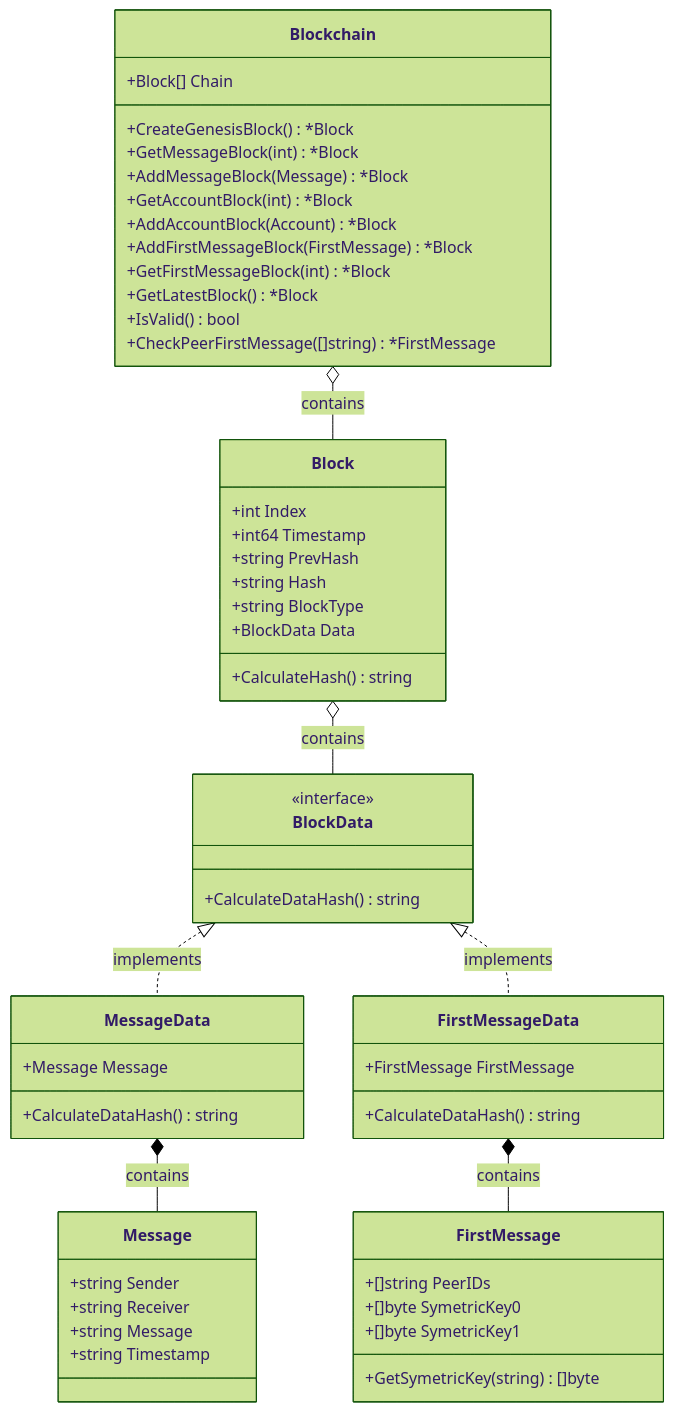
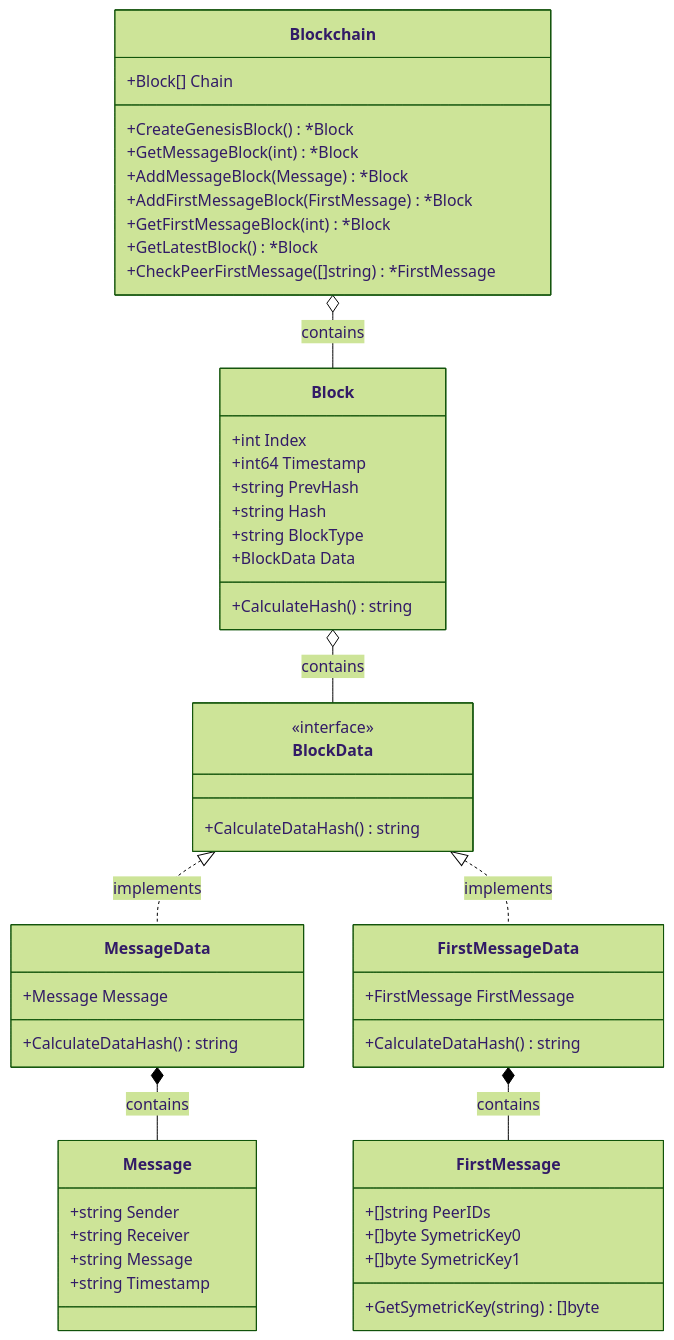
Before and after one commit to gabriel-lau/MessageMesh: the diagram in diagrams/Models_Class_Diagram.mmd, drawn with Mermaid (forest theme). The commit also changed 3 other files, not shown here.

Commit message:
Updated charts

```diff
--- a/diagrams/Models_Class_Diagram.mmd
+++ b/diagrams/Models_Class_Diagram.mmd
@@ -1,64 +1,61 @@
 classDiagram
     %% Interface
     class BlockData {
         <<interface>>
         +CalculateDataHash() string
     }
 
     %% Main Classes
     class Block {
         +int Index
         +int64 Timestamp
         +string PrevHash
         +string Hash
         +string BlockType
         +BlockData Data
         +CalculateHash() string
     }
 
     class Blockchain {
         +Block[] Chain
         +CreateGenesisBlock() *Block
         +GetMessageBlock(int) *Block
         +AddMessageBlock(Message) *Block
-        +GetAccountBlock(int) *Block
-        +AddAccountBlock(Account) *Block
         +AddFirstMessageBlock(FirstMessage) *Block
         +GetFirstMessageBlock(int) *Block
         +GetLatestBlock() *Block
-        +IsValid() bool
         +CheckPeerFirstMessage([]string) *FirstMessage
     }
 
     class Message {
         +string Sender
         +string Receiver
         +string Message
         +string Timestamp
     }
 
     class FirstMessage {
         +[]string PeerIDs
         +[]byte SymetricKey0
         +[]byte SymetricKey1
         +GetSymetricKey(string) []byte
     }
 
     %% Data Classes that implement BlockData
     class MessageData {
         +Message Message
         +CalculateDataHash() string
     }
 
     class FirstMessageData {
         +FirstMessage FirstMessage
         +CalculateDataHash() string
     }
 
     %% Relationships
     BlockData <|.. MessageData : implements
     BlockData <|.. FirstMessageData : implements
     Block o-- BlockData : contains
     Blockchain o-- Block : contains
     MessageData *-- Message : contains
     FirstMessageData *-- FirstMessage : contains
```
